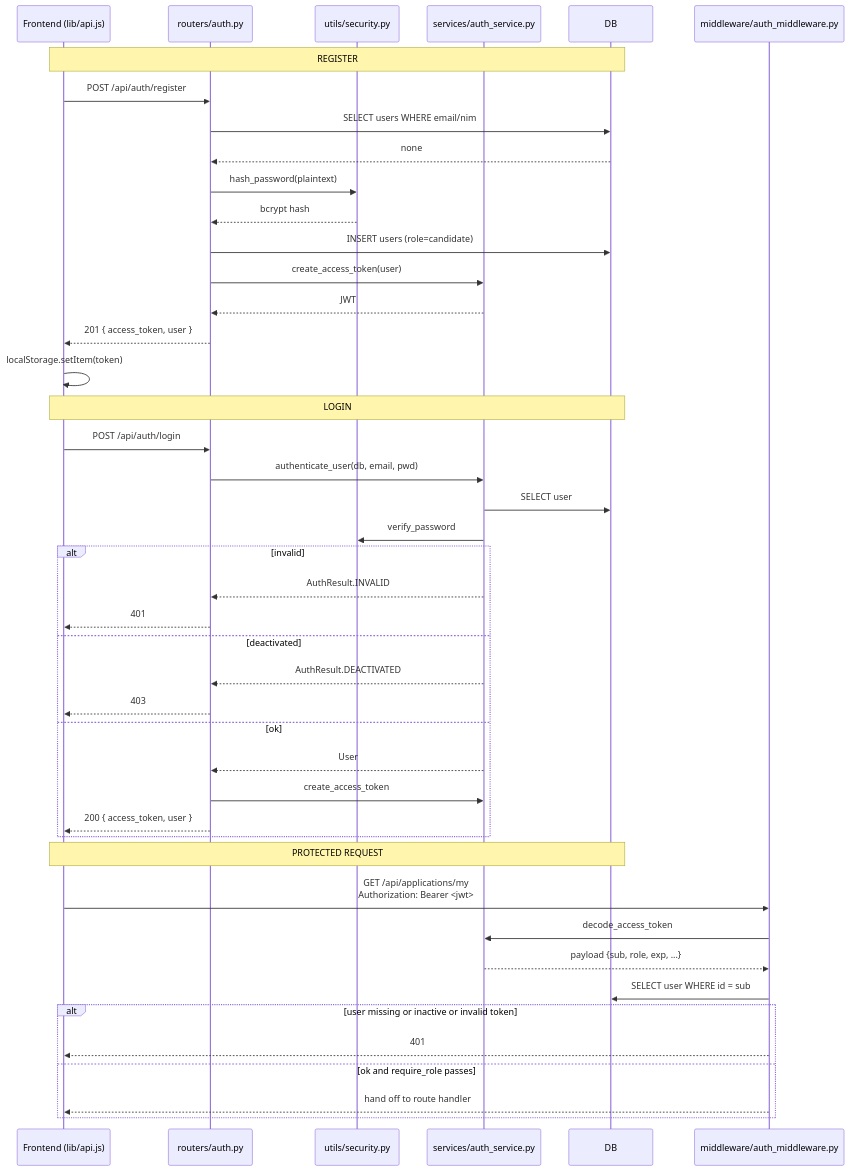
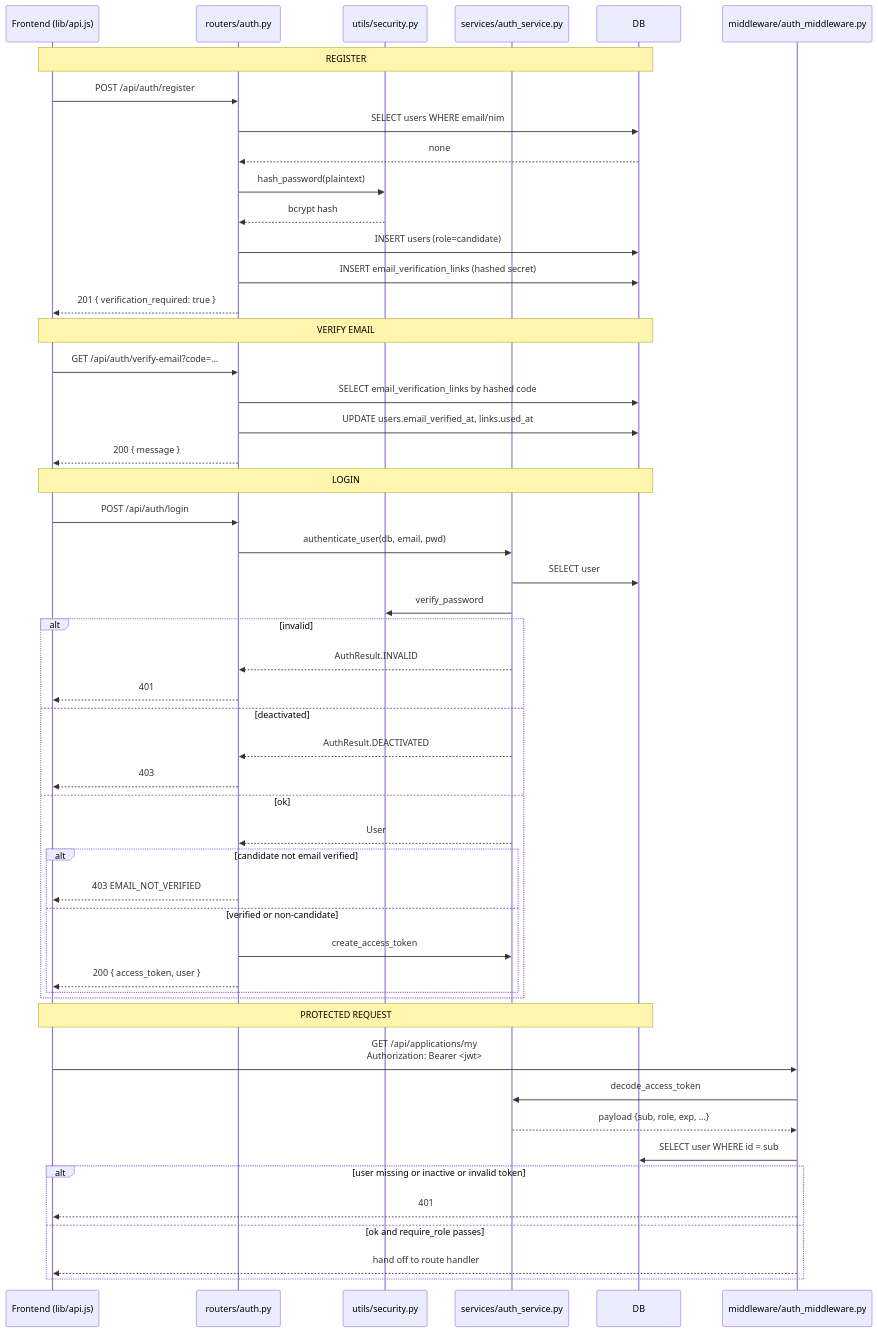
One commit to istgrudd/screenai-lab changed the third of 11 diagrams in docs/FLOW_DIAGRAMS.md. Above: the diagram before and after it, drawn with Mermaid. The commit also changed 17 other files, not shown here.

First line of the commit message:
Implement Phase 3 Email Verification Features

````diff
--- a/docs/FLOW_DIAGRAMS.md
+++ b/docs/FLOW_DIAGRAMS.md
@@ -83,49 +83,57 @@
 ```mermaid
 sequenceDiagram
     participant FE as Frontend (lib/api.js)
     participant Auth as routers/auth.py
     participant Sec as utils/security.py
     participant Svc as services/auth_service.py
     participant DB as DB
     participant MW as middleware/auth_middleware.py
 
     Note over FE,DB: REGISTER
     FE->>Auth: POST /api/auth/register
     Auth->>DB: SELECT users WHERE email/nim
     DB-->>Auth: none
     Auth->>Sec: hash_password(plaintext)
     Sec-->>Auth: bcrypt hash
     Auth->>DB: INSERT users (role=candidate)
-    Auth->>Svc: create_access_token(user)
-    Svc-->>Auth: JWT
-    Auth-->>FE: 201 { access_token, user }
-    FE->>FE: localStorage.setItem(token)
+    Auth->>DB: INSERT email_verification_links (hashed secret)
+    Auth-->>FE: 201 { verification_required: true }
+
+    Note over FE,DB: VERIFY EMAIL
+    FE->>Auth: GET /api/auth/verify-email?code=...
+    Auth->>DB: SELECT email_verification_links by hashed code
+    Auth->>DB: UPDATE users.email_verified_at, links.used_at
+    Auth-->>FE: 200 { message }
 
     Note over FE,DB: LOGIN
     FE->>Auth: POST /api/auth/login
     Auth->>Svc: authenticate_user(db, email, pwd)
     Svc->>DB: SELECT user
     Svc->>Sec: verify_password
     alt invalid
         Svc-->>Auth: AuthResult.INVALID
         Auth-->>FE: 401
     else deactivated
         Svc-->>Auth: AuthResult.DEACTIVATED
         Auth-->>FE: 403
     else ok
         Svc-->>Auth: User
-        Auth->>Svc: create_access_token
-        Auth-->>FE: 200 { access_token, user }
+        alt candidate not email verified
+            Auth-->>FE: 403 EMAIL_NOT_VERIFIED
+        else verified or non-candidate
+            Auth->>Svc: create_access_token
+            Auth-->>FE: 200 { access_token, user }
+        end
     end
 
     Note over FE,DB: PROTECTED REQUEST
     FE->>MW: GET /api/applications/my<br/>Authorization: Bearer <jwt>
     MW->>Svc: decode_access_token
     Svc-->>MW: payload {sub, role, exp, ...}
     MW->>DB: SELECT user WHERE id = sub
     alt user missing or inactive or invalid token
         MW-->>FE: 401
     else ok and require_role passes
         MW-->>FE: hand off to route handler
     end
 ```
````
